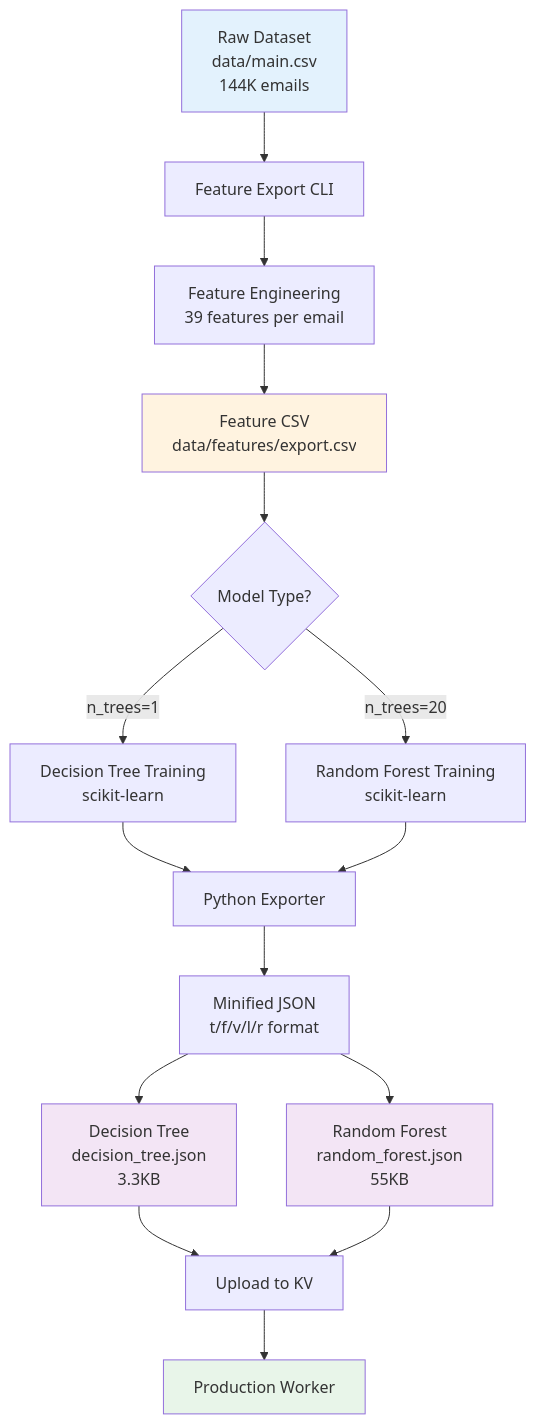
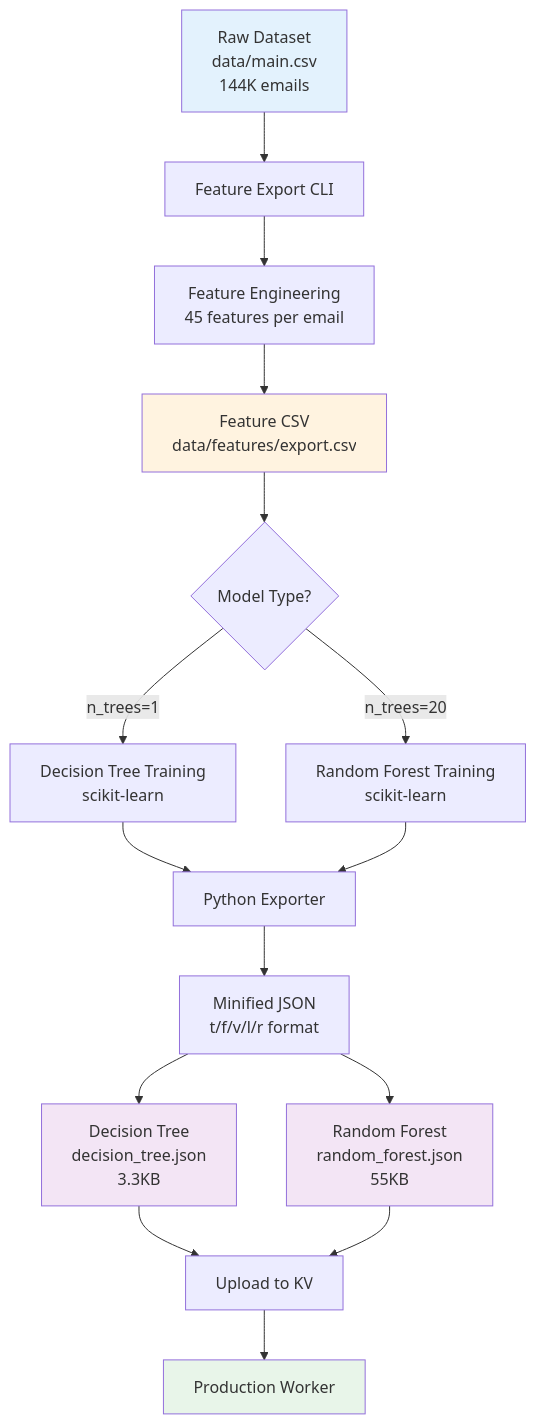
The third of 7 diagrams in docs/ARCHITECTURE.md (erfianugrah/markov-mail), drawn with Mermaid before and after one commit. The commit also changed other lines of this file and 21 other files, not shown here.

````diff
--- a/docs/ARCHITECTURE.md
+++ b/docs/ARCHITECTURE.md
@@ -169,30 +169,30 @@
 ```mermaid
 flowchart TD
     A[Raw Dataset<br/>data/main.csv<br/>144K emails] --> B[Feature Export CLI]
-    B --> C[Feature Engineering<br/>39 features per email]
+    B --> C[Feature Engineering<br/>45 features per email]
     C --> D[Feature CSV<br/>data/features/export.csv]
 
     D --> E{Model Type?}
 
     E -->|n_trees=1| F[Decision Tree Training<br/>scikit-learn]
     E -->|n_trees=20| G[Random Forest Training<br/>scikit-learn]
 
     F --> H[Python Exporter]
     G --> H
 
     H --> I[Minified JSON<br/>t/f/v/l/r format]
 
     I --> J[Decision Tree<br/>decision_tree.json<br/>3.3KB]
     I --> K[Random Forest<br/>random_forest.json<br/>55KB]
 
     J --> L[Upload to KV]
     K --> L
 
     L --> M[Production Worker]
 
     style A fill:#e3f2fd
     style D fill:#fff3e0
     style J fill:#f3e5f5
     style K fill:#f3e5f5
     style M fill:#e8f5e9
 ```
````
